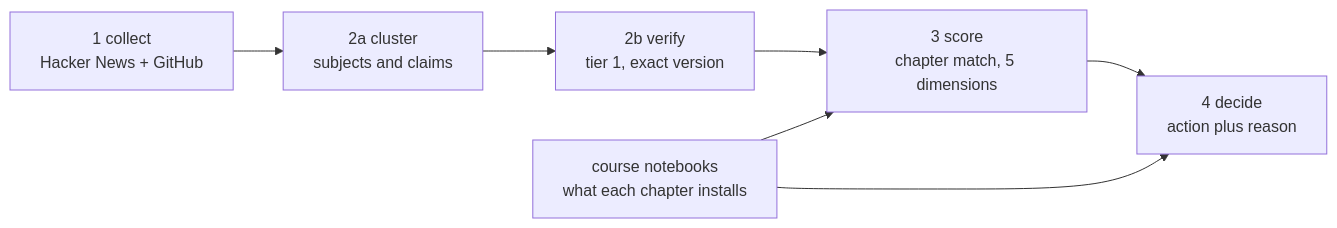
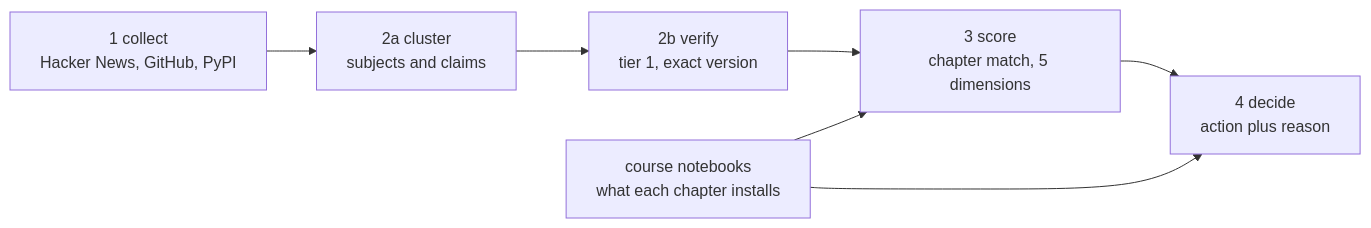
Before and after one commit to AbdulmajeedSalmeen/ai-trend-agent: the diagram in README.md, drawn with Mermaid. The commit also changed other lines of this file and 23 other files, not shown here.

````diff
--- a/README.md
+++ b/README.md
@@ -27,9 +28,9 @@
 ```mermaid
 flowchart LR
-  A["1 collect<br/>Hacker News + GitHub"] --> B["2a cluster<br/>subjects and claims"]
+  A["1 collect<br/>Hacker News, GitHub, PyPI"] --> B["2a cluster<br/>subjects and claims"]
   B --> C["2b verify<br/>tier 1, exact version"]
   C --> D["3 score<br/>chapter match, 5 dimensions"]
   D --> E["4 decide<br/>action plus reason"]
   N["course notebooks<br/>what each chapter installs"] --> D
   N --> E
 ```
````
